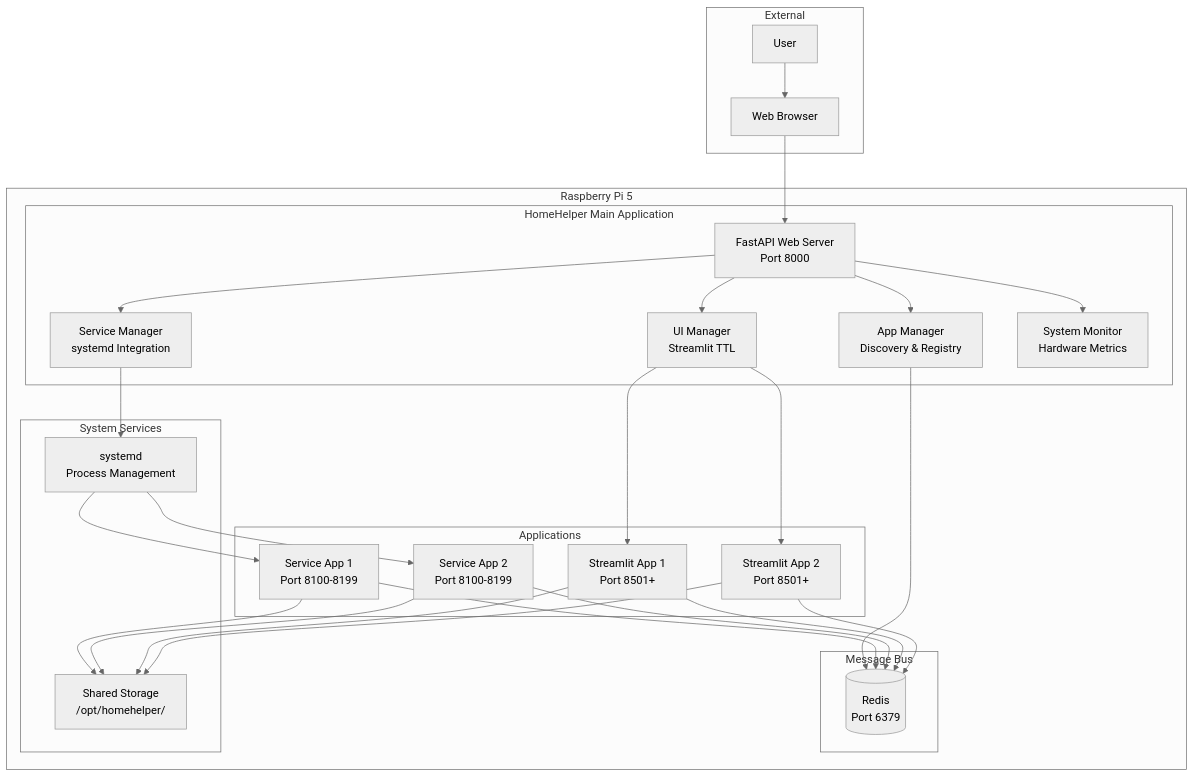
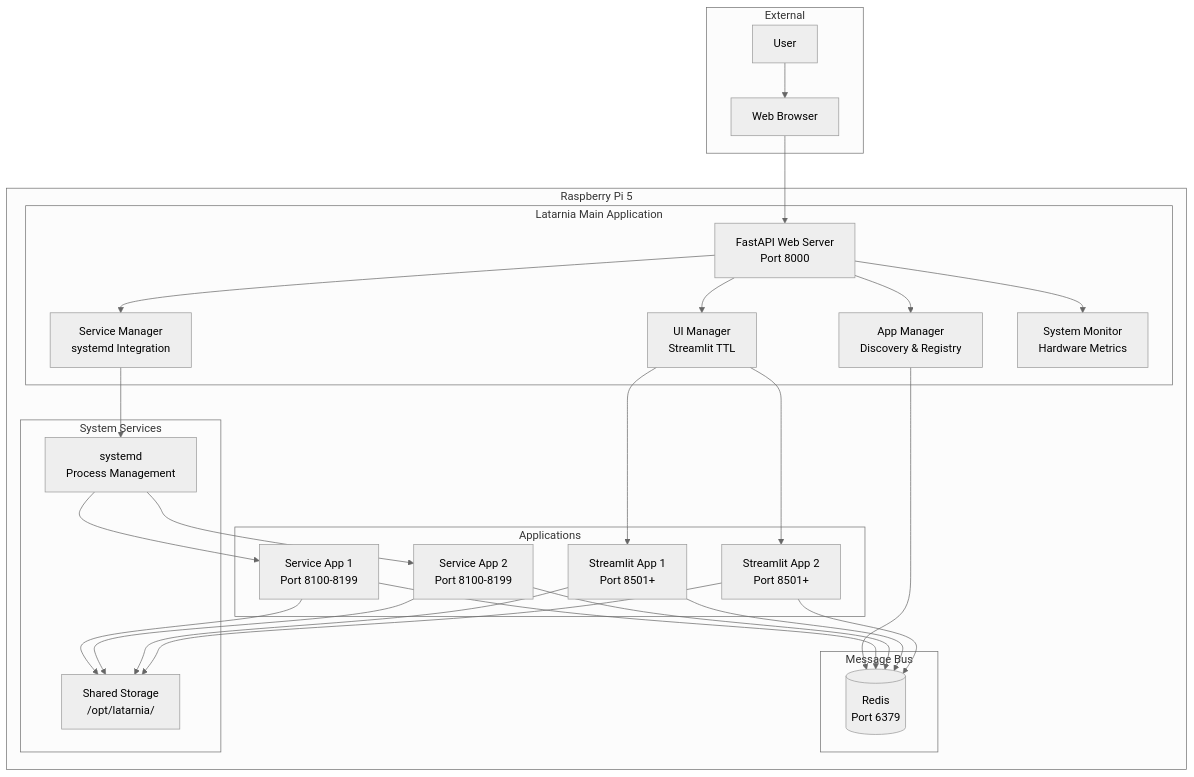
Before and after one commit to felipe-stanham/HomeHelper: the first of 6 diagrams in docs/System/architecture.md, drawn with Mermaid (neutral theme). The commit also changed other lines of this file and 49 other files, not shown here.

First line of the commit message:
Rename platform from HomeHelper to Latarnia (P-0002 Scope 1)

````diff
--- a/docs/System/architecture.md
+++ b/docs/System/architecture.md
@@ -7,58 +7,58 @@
 ```mermaid
 graph TB
     subgraph "Raspberry Pi 5"
-        subgraph "HomeHelper Main Application"
+        subgraph "Latarnia Main Application"
             FastAPI[FastAPI Web Server<br/>Port 8000]
             AppMgr[App Manager<br/>Discovery & Registry]
             SvcMgr[Service Manager<br/>systemd Integration]
             UIMgr[UI Manager<br/>Streamlit TTL]
             SysMon[System Monitor<br/>Hardware Metrics]
         end
         
         subgraph "Message Bus"
             Redis[(Redis<br/>Port 6379)]
         end
         
         subgraph "Applications"
             SvcApp1[Service App 1<br/>Port 8100-8199]
             SvcApp2[Service App 2<br/>Port 8100-8199]
             StreamlitApp1[Streamlit App 1<br/>Port 8501+]
             StreamlitApp2[Streamlit App 2<br/>Port 8501+]
         end
         
         subgraph "System Services"
             systemd[systemd<br/>Process Management]
-            FileSystem[Shared Storage<br/>/opt/homehelper/]
+            FileSystem[Shared Storage<br/>/opt/latarnia/]
         end
     end
     
     subgraph "External"
         Browser[Web Browser]
         User[User]
     end
     
     User --> Browser
     Browser --> FastAPI
     FastAPI --> AppMgr
     FastAPI --> SvcMgr
     FastAPI --> UIMgr
     FastAPI --> SysMon
     
     AppMgr --> Redis
     SvcMgr --> systemd
     UIMgr --> StreamlitApp1
     UIMgr --> StreamlitApp2
     
     systemd --> SvcApp1
     systemd --> SvcApp2
     
     SvcApp1 --> Redis
     SvcApp2 --> Redis
     StreamlitApp1 --> Redis
     StreamlitApp2 --> Redis
     
     SvcApp1 --> FileSystem
     SvcApp2 --> FileSystem
     StreamlitApp1 --> FileSystem
     StreamlitApp2 --> FileSystem
 ```
````
